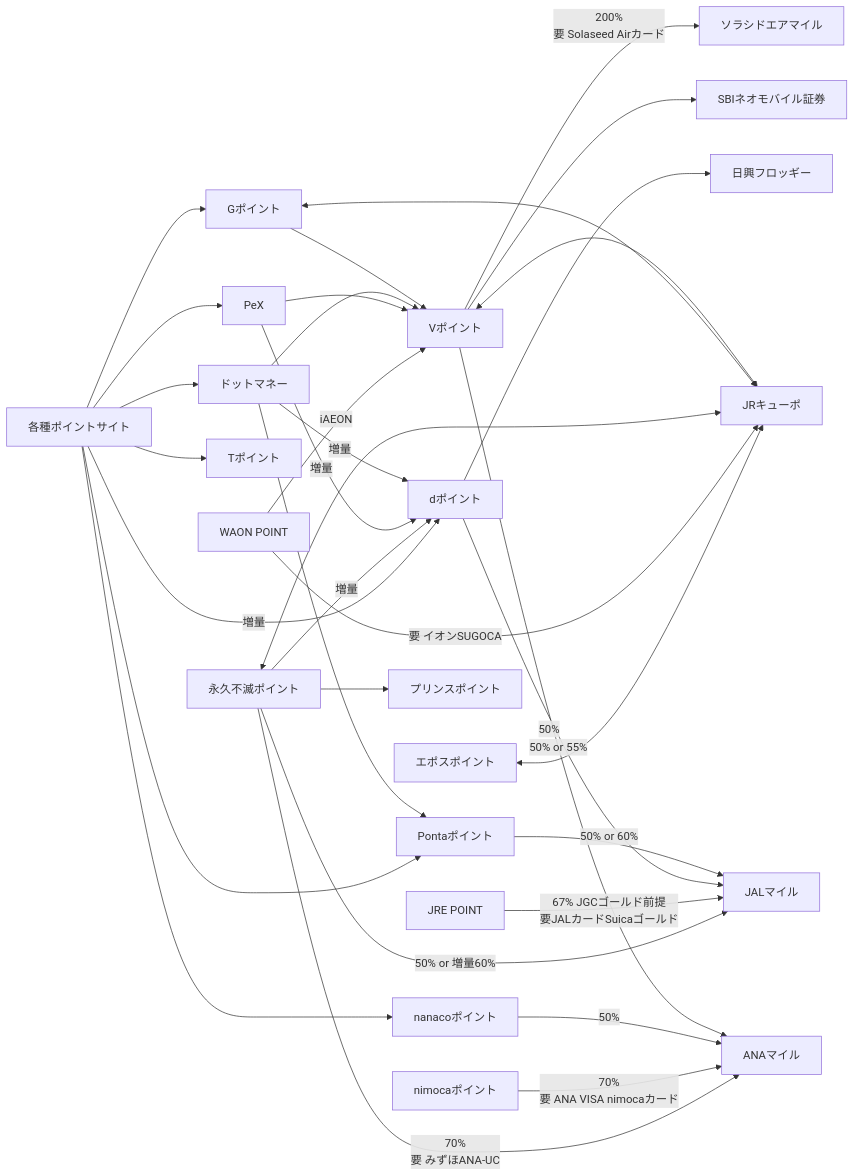
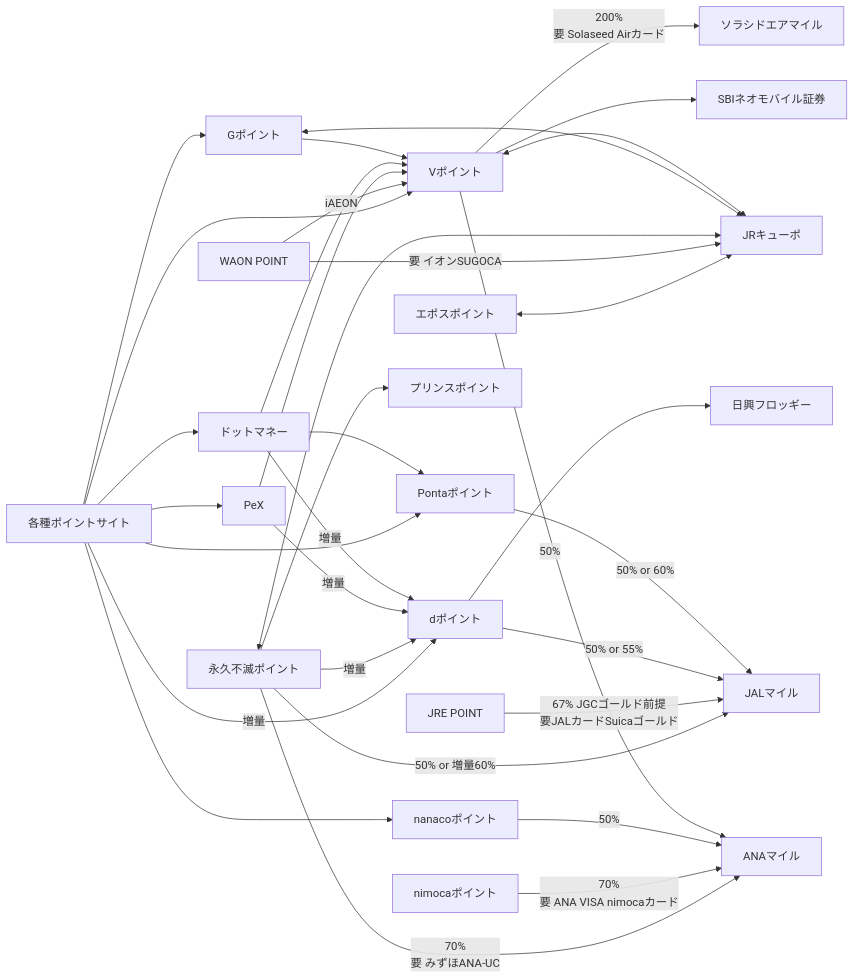
Before and after one commit to hiroxto/point-flow: the diagram in README.md, drawn with Mermaid.

Commit message:
TポイントをVポイントに置き換え

````diff
--- a/README.md
+++ b/README.md
@@ -5,39 +5,39 @@
 ```mermaid
 flowchart LR
 
 各種ポイントサイト-->PeX
 各種ポイントサイト-->ドットマネー
 各種ポイントサイト-->Gポイント
 各種ポイントサイト-->|増量|dポイント
 各種ポイントサイト-->Pontaポイント
-各種ポイントサイト-->Tポイント
+各種ポイントサイト-->Vポイント
 各種ポイントサイト-->nanacoポイント
 
 Vポイント-->|200%\n要 Solaseed Airカード|ソラシドエアマイル
 エポスポイント<-->JRキューポ
 WAONP[WAON POINT]-->|要 イオンSUGOCA|JRキューポ
 WAONP-->|iAEON|Vポイント
 永久不滅ポイント<-->JRキューポ
 永久不滅ポイント-->|50% or 増量60%|JALマイル
 永久不滅ポイント-->|70%\n要 みずほANA-UC|ANAマイル
 永久不滅ポイント-->|増量|dポイント
 永久不滅ポイント-->プリンスポイント
 JREP[JRE POINT]-->|67% JGCゴールド前提\n要JALカードSuicaゴールド|JALマイル
 
 PeX-->Vポイント
 PeX-->|増量|dポイント
 ドットマネー-->Vポイント
 ドットマネー-->|増量|dポイント
 ドットマネー-->Pontaポイント
 Gポイント-->Vポイント
 Gポイント<-->JRキューポ
 nimocaポイント-->|70%\n要 ANA VISA nimocaカード|ANAマイル
 
 nanacoポイント-->|50%|ANAマイル
 Vポイント-->|50%|ANAマイル
 Vポイント<-->JRキューポ
 dポイント-->|50% or 55%|JALマイル
 Pontaポイント-->|50% or 60%|JALマイル
 dポイント-->日興フロッギー
 Vポイント-->SBIネオモバイル証券
 ```
````
